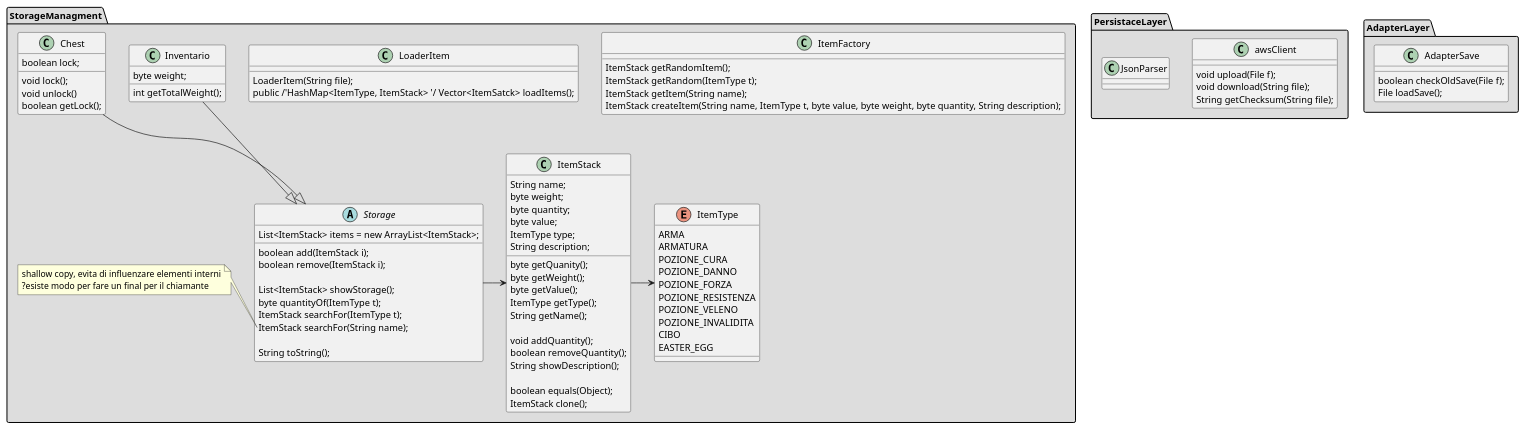
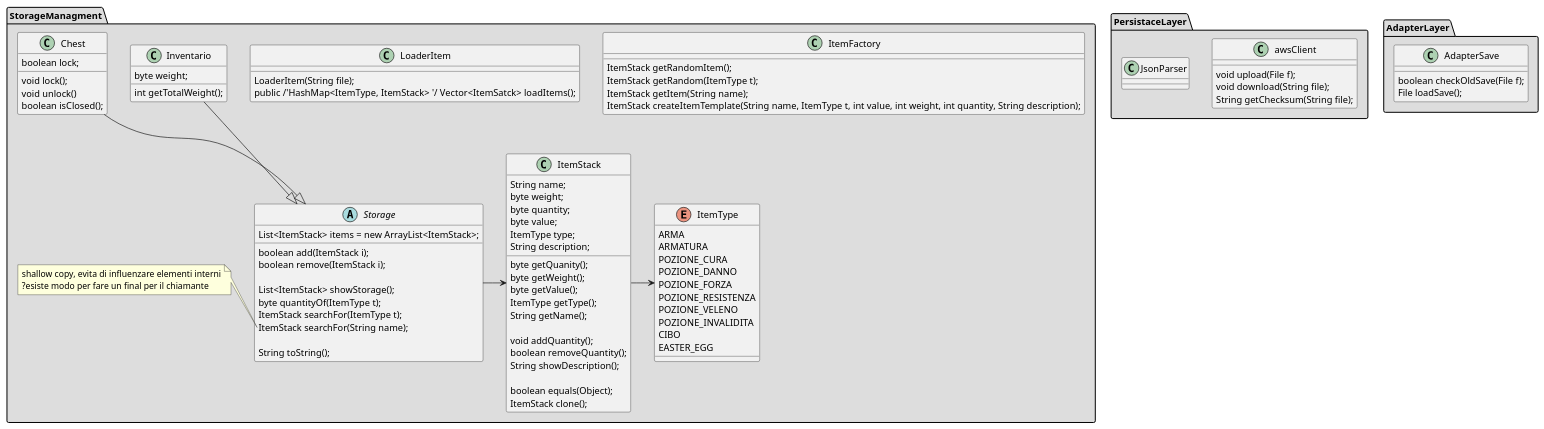
The diagram in DiagrammiUML/ClassDiagram(Storage-Persistance-Adapter).puml (PdP03/ACMD), drawn with PlantUML before and after one commit.

Commit message:
Update ClassDiagram(Storage-Persistance-Adapter).puml
getClosed al posto di getLock
creatItemTemplate al posto di createItem
messo int su ItemFactory al posto di byte (comodità per utilizzatori)

```diff
--- a/DiagrammiUML/ClassDiagram(Storage-Persistance-Adapter).puml
+++ b/DiagrammiUML/ClassDiagram(Storage-Persistance-Adapter).puml
@@ -1,114 +1,114 @@
 @startuml
 package "StorageManagment" #DDDDDD{  /'songole tipologie elementi'/
 class ItemFactory      /'alloca oggetti prendendo da caratteristiche da file di configurazione'/
 {
   ItemStack getRandomItem();
   ItemStack getRandom(ItemType t);
   ItemStack getItem(String name);
-  ItemStack createItem(String name, ItemType t, byte value, byte weight, byte quantity, String description); /'nel save si deve aggiungere questo dato'/
+  ItemStack createItemTemplate(String name, ItemType t, int value, int weight, int quantity, String description); /'nel save si deve aggiungere questo dato'/
 }
 
 class LoaderItem{ /'crea stuttura comoda con tutta configurazione per il factory'/
   LoaderItem(String file);
   public /'HashMap<ItemType, ItemStack> '/ Vector<ItemSatck> loadItems(); /'per adesso è più comodo così, tanto per gli iteratori è più facile da cambiare'/
 }
 
 class ItemStack {
   String name;
   byte weight;
   byte quantity;
   byte value;
   ItemType type;   
   String description;
    
   byte getQuanity();
   byte getWeight();
   byte getValue();
   ItemType getType();
   String getName();
 
   void addQuantity();
   boolean removeQuantity();
   String showDescription();
 
   boolean equals(Object);
   ItemStack clone();
 }
 
 enum ItemType{
   ARMA
   ARMATURA
   POZIONE_CURA
   POZIONE_DANNO
   POZIONE_FORZA
   POZIONE_RESISTENZA
   POZIONE_VELENO
   POZIONE_INVALIDITA
   CIBO
   EASTER_EGG
 }
 
 /'gestione di infiniti item'/
 abstract Storage{   
   List<ItemStack> items = new ArrayList<ItemStack>;
 
   boolean add(ItemStack i);
   boolean remove(ItemStack i);
 
   List<ItemStack> showStorage();
   byte quantityOf(ItemType t);
   ItemStack searchFor(ItemType t);
   ItemStack searchFor(String name);
 
   String toString();
 }
 note left of Storage::"searchFor(String name)"
 shallow copy, evita di influenzare elementi interni
 ?esiste modo per fare un final per il chiamante
 end note
 
 class Inventario{
   byte weight;
   int getTotalWeight();
 /'overload di add e remove'/
 }
 
 class Chest{
   boolean lock;
   
   void lock();
   void unlock()
-  boolean getLock(); /'o meglio chiamarlo getState?'/
+  boolean isClosed(); /'o meglio chiamarlo getState?'/
 
 }
 
 }
 Storage -> ItemStack 
 Inventario --|> Storage
 
 Chest --|> Storage
 ItemStack -> ItemType
 
 
 
 
 package PersistaceLayer #DDDDDD{
   class awsClient{
     void upload(File f);
     void download(String file);
     String getChecksum(String file);  
   }
 
   class JsonParser{
     
   }
   
 }
 
 package AdapterLayer #DDDDDD{
   class AdapterSave{
     boolean checkOldSave(File f);
     File loadSave(); /'file'/
   }
 }
 @enduml
```
